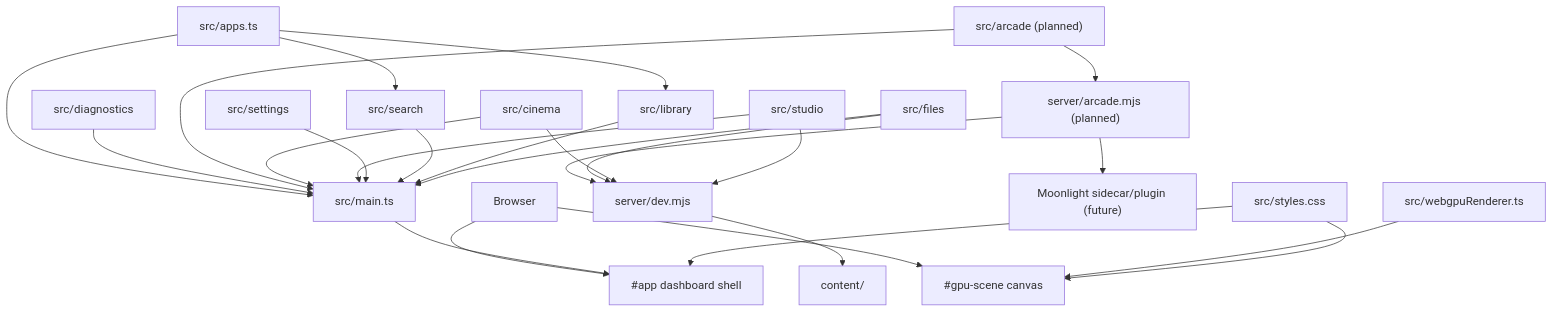
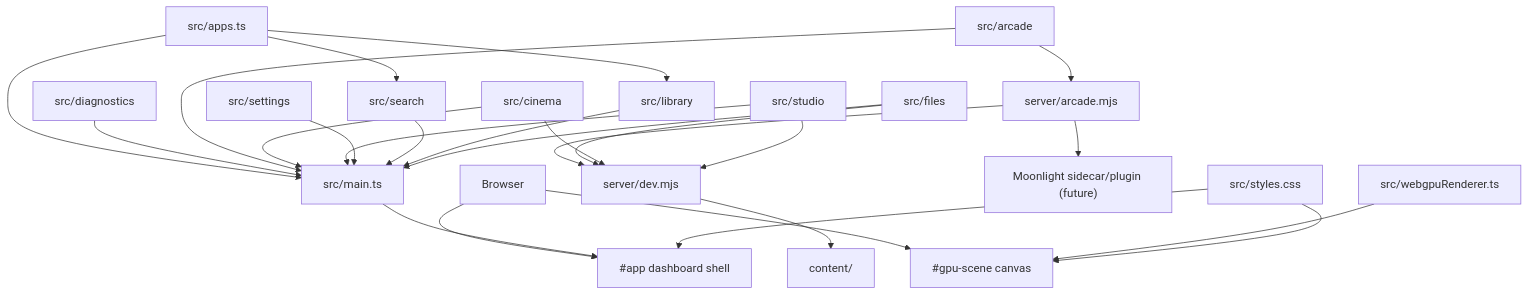
The diagram in docs/architecture.md (jost-aaron/nebula), drawn with Mermaid before and after one commit. The commit also changed other lines of this file and 3 other files, not shown here.

````diff
--- a/docs/architecture.md
+++ b/docs/architecture.md
@@ -8,47 +8,47 @@
 ```mermaid
 flowchart TD
   Browser["Browser"]
   Canvas["#gpu-scene canvas"]
   Shell["#app dashboard shell"]
   Renderer["src/webgpuRenderer.ts"]
   Main["src/main.ts"]
   Registry["src/apps.ts"]
   Diagnostics["src/diagnostics"]
-  Arcade["src/arcade (planned)"]
+  Arcade["src/arcade"]
   Cinema["src/cinema"]
   Studio["src/studio"]
   Settings["src/settings"]
   Search["src/search"]
   Library["src/library"]
   Files["src/files"]
-  ArcadeApi["server/arcade.mjs (planned)"]
+  ArcadeApi["server/arcade.mjs"]
   Moonlight["Moonlight sidecar/plugin (future)"]
   Server["server/dev.mjs"]
   Content["content/"]
   Styles["src/styles.css"]
 
   Browser --> Canvas
   Browser --> Shell
   Renderer --> Canvas
   Main --> Shell
   Registry --> Main
   Diagnostics --> Main
   Arcade --> Main
   Cinema --> Main
   Studio --> Main
   Settings --> Main
   Search --> Main
   Library --> Main
   Files --> Main
   Registry --> Search
   Registry --> Library
   Server --> Content
   Arcade --> ArcadeApi
   ArcadeApi --> Moonlight
   ArcadeApi --> Server
   Files --> Server
   Cinema --> Server
   Studio --> Server
   Styles --> Shell
   Styles --> Canvas
 ```
````
